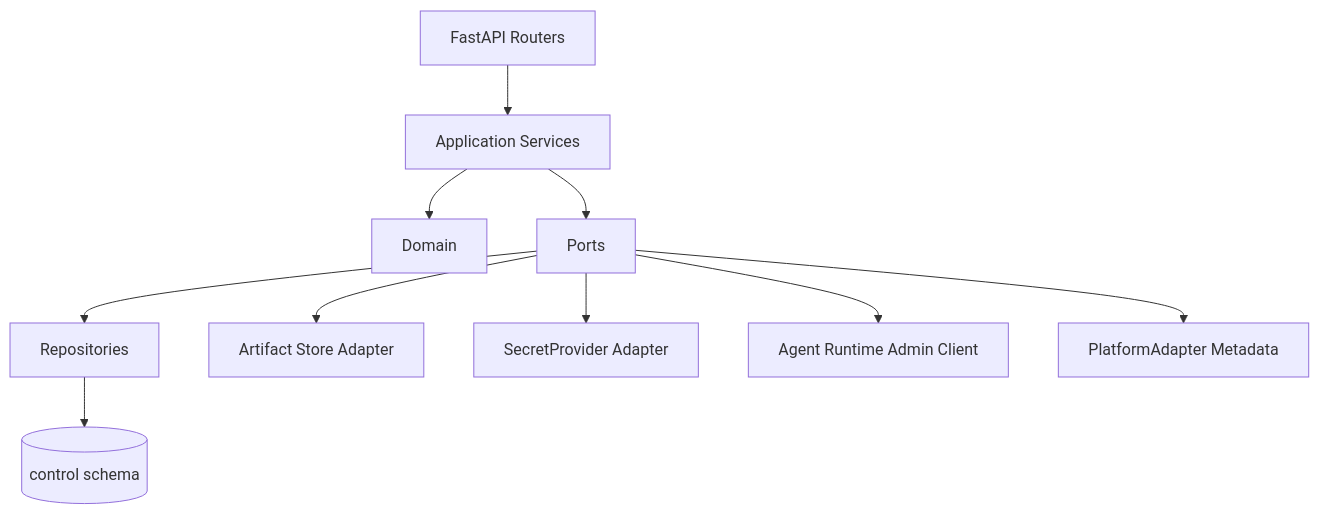
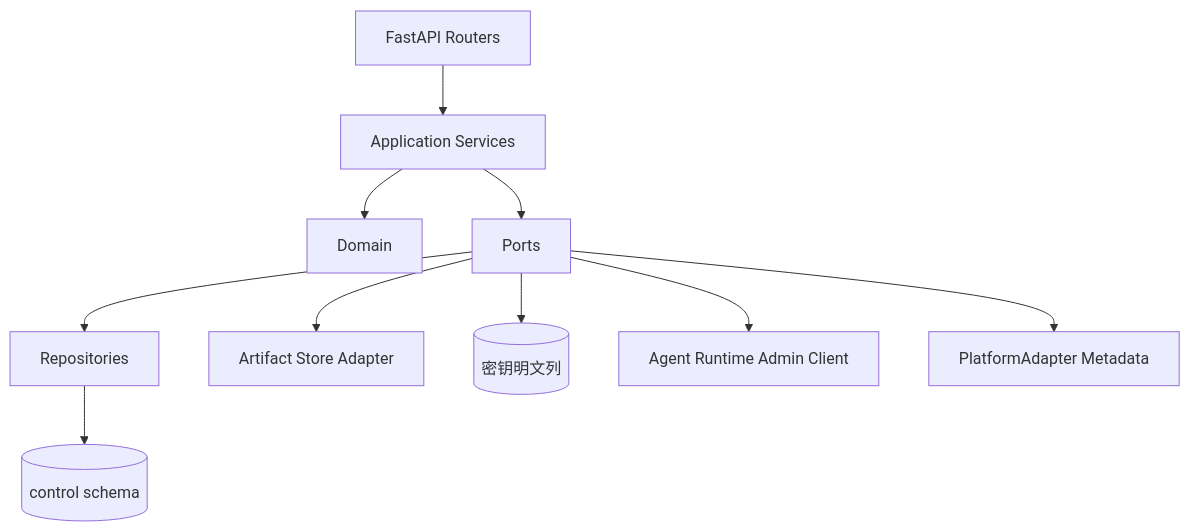
One commit to Michaelxwb/fluxion-harness changed the first of 5 diagrams in docs/03-Console-Platform详细设计.md. Above: the diagram before and after it, drawn with Mermaid. The commit also changed other lines of this file and 116 other files, not shown here.

````diff
--- a/docs/03-Console-Platform详细设计.md
+++ b/docs/03-Console-Platform详细设计.md
@@ -24,12 +24,12 @@
 ```mermaid
 flowchart TD
     API[FastAPI Routers] --> APP[Application Services]
     APP --> DOM[Domain]
     APP --> PORT[Ports]
     PORT --> REPO[Repositories]
     PORT --> OBJ[Artifact Store Adapter]
-    PORT --> SECRET[SecretProvider Adapter]
+    PORT --> SECRET[(密钥明文列)]
     PORT --> RUNTIME[Agent Runtime Admin Client]
     PORT --> ADAPTER[PlatformAdapter Metadata]
     REPO --> DB[(control schema)]
 ```
````
